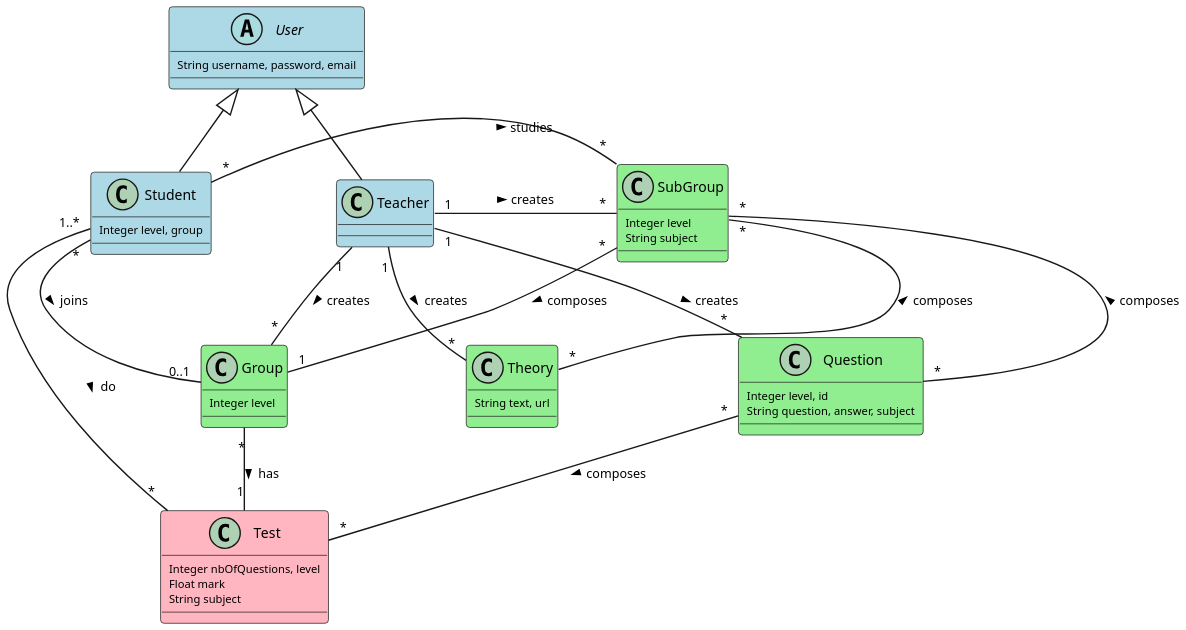
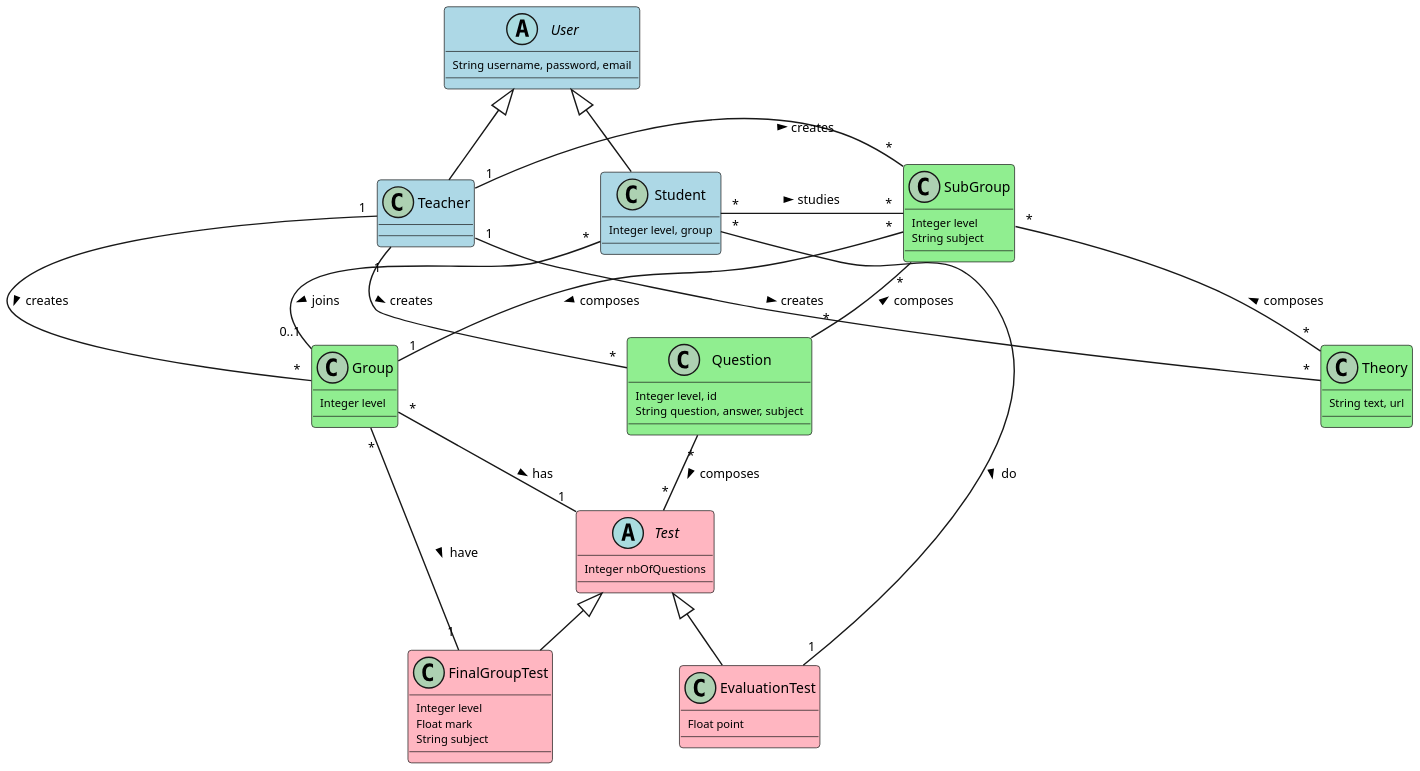
The diagram in UML_diagram.puml (UdL-EPS-SoftArch/LearnIT-API), drawn with PlantUML before and after one commit. The commit also changed 3 other files, not shown here.

```diff
--- a/UML_diagram.puml
+++ b/UML_diagram.puml
@@ -1,66 +1,77 @@
 @startuml
 skinparam dpi 200
 skinparam classAttributeFontSize 8
 skinparam classArrowFontSize 9
 skinparam classFontSize 10
 skinparam nodesep 90
 skinparam ranksep 40
 hide stereotype
 skinparam class {
 	BackgroundColor White
 	BackgroundColor<<Test>> LightPink
 	BackgroundColor<<User>> LightBlue
 	BackgroundColor<<Group>> LightGreen
 }
 
 abstract class User <<User>> {
     String username, password, email
 }
 
 class Teacher <<User>> extends User {
 }
 
 class Student <<User>> extends User {
     Integer level, group
 }
 
-class Test <<Test>> {
-    Integer nbOfQuestions, level
-    Float mark
-    String subject
+
+
+abstract class Test <<Test>> {
+    Integer nbOfQuestions
+}
+
+class EvaluationTest <<Test>> extends Test {
+    Float point
+}
+
+class FinalGroupTest <<Test>> extends Test {
+     Integer level
+     Float mark
+     String subject
 }
 
 class Theory <<Group>> {
     String text, url
 }
 
 class Group <<Group>> {
     Integer level
 }
 
 class SubGroup <<Group>> {
     Integer level
     String subject
 }
 
 class Question <<Group>> {
     Integer level, id
     String question, answer, subject
 }
 
-Test "*" -left- "1..*" Student: do <
+EvaluationTest "1" -left- "*" Student: do <
+FinalGroupTest "1" -left- "*" Group: have <
 SubGroup "*" -left- "*" Student: studies <
 Group "0..1" -left- "*" Student: joins <
 
 Group "*" -left- "1" Teacher: creates <
 SubGroup "*" -left- "1" Teacher: creates <
 Question "*" -left- "1" Teacher: creates <
 Theory "*" -left- "1" Teacher: creates <
 
 Question "*" -up- "*" SubGroup: composes >
 Theory "*" -up- "*" SubGroup: composes >
 Group "1" -up- "*" SubGroup: composes <
 
 Question "*" -- "*" Test: composes >
 Group "*" -- "1" Test: has >
 @enduml
```
